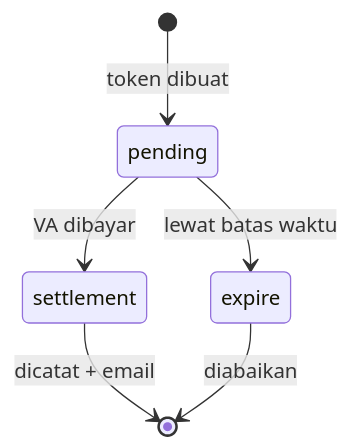
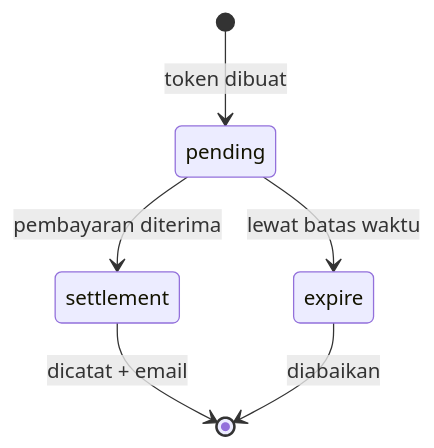
Before and after one commit to madgeer/portal-beasiswa-ika: the fifth of 6 diagrams in README.md, drawn with Mermaid. The commit also changed other lines of this file and 10 other files, not shown here.

````diff
--- a/README.md
+++ b/README.md
@@ -189,8 +189,8 @@
 ```mermaid
 stateDiagram-v2
     [*] --> pending: token dibuat
-    pending --> settlement: VA dibayar
+    pending --> settlement: pembayaran diterima
     pending --> expire: lewat batas waktu
     settlement --> [*]: dicatat + email
     expire --> [*]: diabaikan
 ```
````
